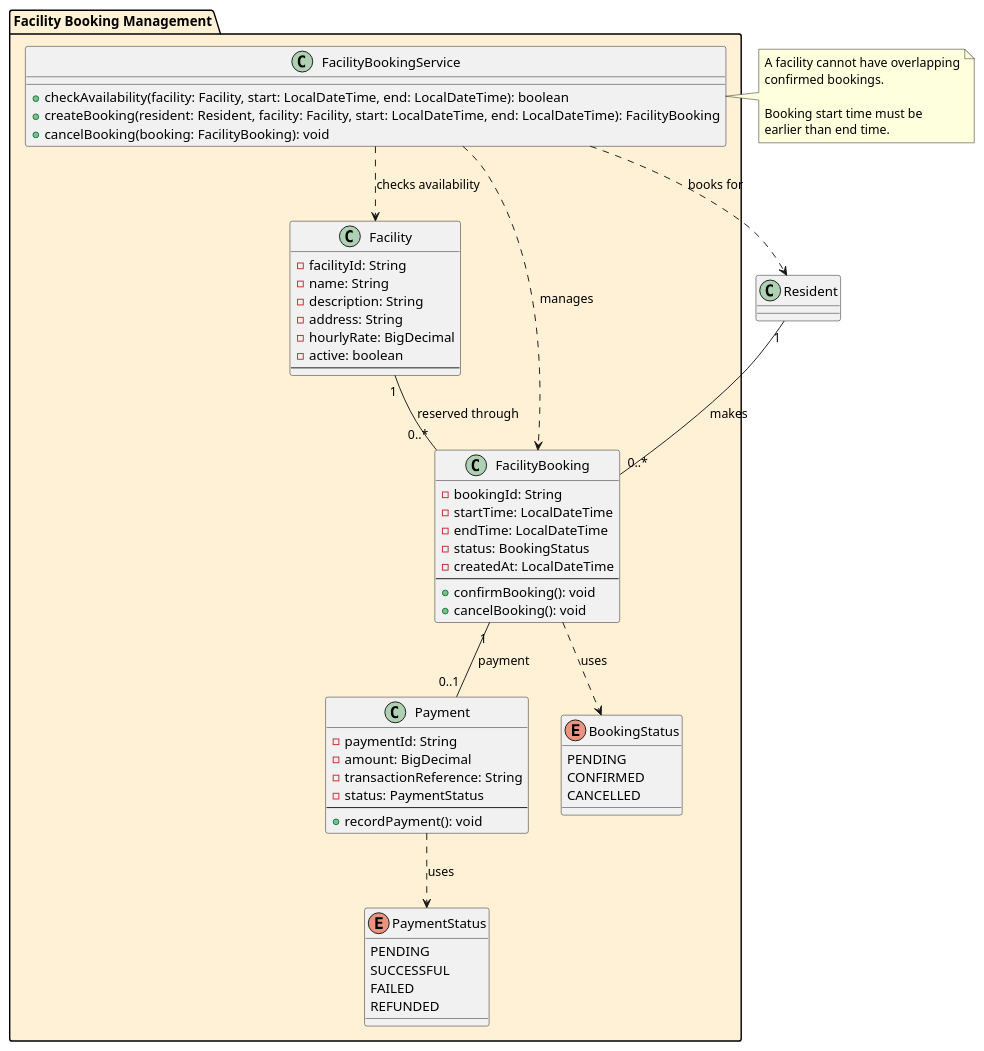
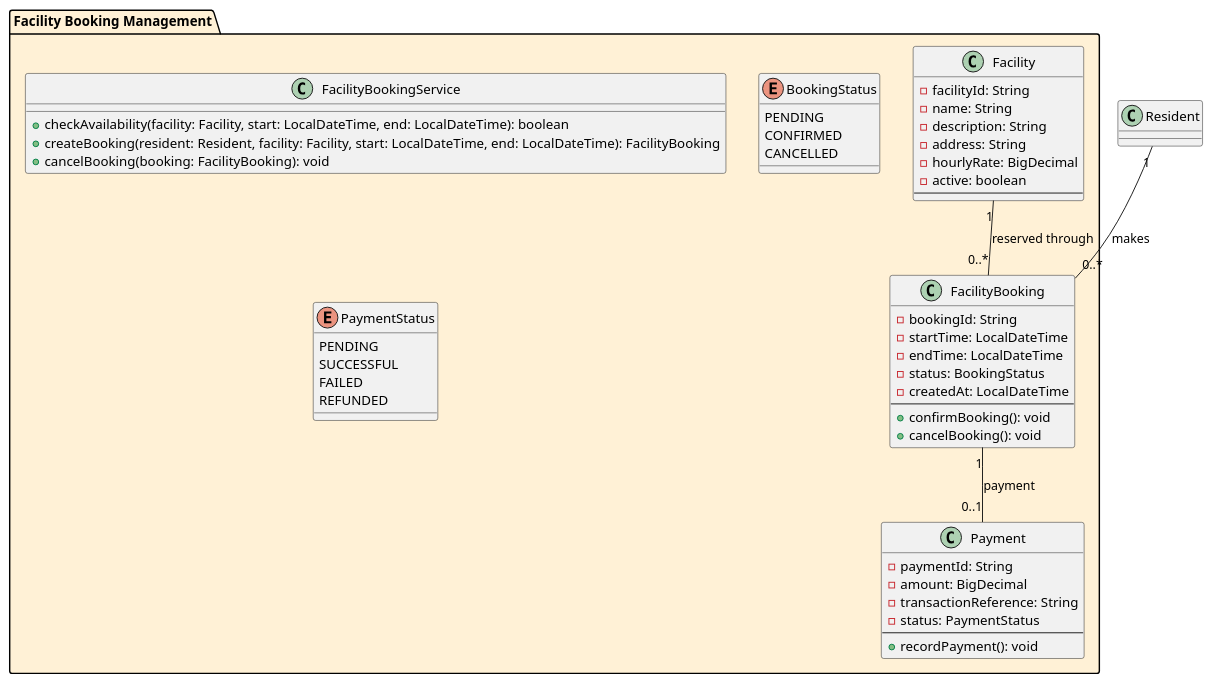
Before and after one commit to gg-sajanbasnet/ICT602-MEL_S2_2026-1: the diagram in docs/uml/modules/facility-booking.puml, drawn with PlantUML. The commit also changed 58 other files, not shown here.

Commit message:
updated diagrams

```diff
--- a/docs/uml/modules/facility-booking.puml
+++ b/docs/uml/modules/facility-booking.puml
@@ -1,80 +1,62 @@
-
-' =========================================
-' FACILITY BOOKING MANAGEMENT MODULE
-' =========================================
 
 package "Facility Booking Management" #FFF1D6 {
 
   class Facility {
     - facilityId: String
     - name: String
     - description: String
     - address: String
     - hourlyRate: BigDecimal
     - active: boolean
     --
   }
 
   class FacilityBooking {
     - bookingId: String
     - startTime: LocalDateTime
     - endTime: LocalDateTime
     - status: BookingStatus
     - createdAt: LocalDateTime
     --
     + confirmBooking(): void
     + cancelBooking(): void
   }
 
   class Payment {
     - paymentId: String
     - amount: BigDecimal
     - transactionReference: String
     - status: PaymentStatus
     --
     + recordPayment(): void
   }
 
   class FacilityBookingService {
     + checkAvailability(facility: Facility, start: LocalDateTime, end: LocalDateTime): boolean
     + createBooking(resident: Resident, facility: Facility, start: LocalDateTime, end: LocalDateTime): FacilityBooking
     + cancelBooking(booking: FacilityBooking): void
   }
 
   enum BookingStatus {
     PENDING
     CONFIRMED
     CANCELLED
   }
 
   enum PaymentStatus {
     PENDING
     SUCCESSFUL
     FAILED
     REFUNDED
   }
 }
 
 ' =========================================
 ' FACILITY BOOKING RELATIONSHIPS
 ' =========================================
 
 Resident "1" -- "0..*" FacilityBooking : makes
 
 Facility "1" -- "0..*" FacilityBooking : reserved through
 
 FacilityBooking "1" -- "0..1" Payment : payment
-
-FacilityBooking ..> BookingStatus : uses
-Payment ..> PaymentStatus : uses
-FacilityBookingService ..> Facility : checks availability
-FacilityBookingService ..> FacilityBooking : manages
-FacilityBookingService ..> Resident : books for
-
-note right of FacilityBookingService
-  A facility cannot have overlapping
-  confirmed bookings.
-
-  Booking start time must be
-  earlier than end time.
-end note
```
